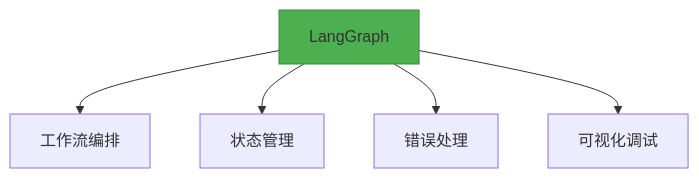
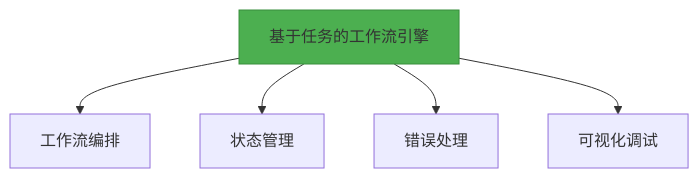
The second of 2 diagrams in docs/arch/架构设计.md (AlanHootman/ppt_assistant), drawn with Mermaid before and after one commit. The commit also changed other lines of this file and 1 other file, not shown here.

````diff
--- a/docs/arch/架构设计.md
+++ b/docs/arch/架构设计.md
@@ -294,9 +210,9 @@
 ```mermaid
 graph TD
-    A[LangGraph] --> B[工作流编排]
+    A[基于任务的工作流引擎] --> B[工作流编排]
     A --> C[状态管理]
     A --> D[错误处理]
     A --> E[可视化调试]
     
     style A fill:#4CAF50,stroke:#388E3C
 ```
````
